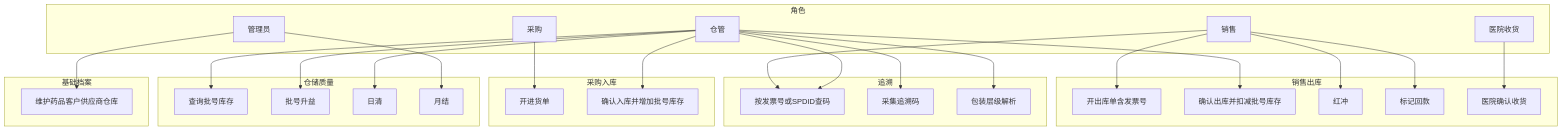
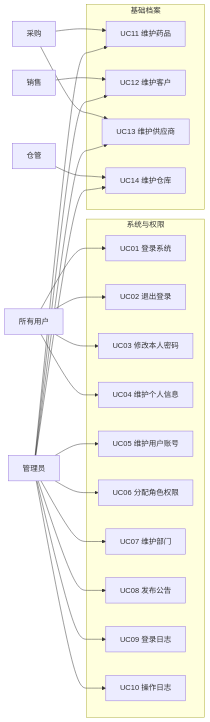
Before and after one commit to Andrewpixa/warehouse: diagram 11 of 22 in docs/pharma-er-uml.md, drawn with Mermaid. The commit also changed other lines of this file and 13 other files, not shown here.

First line of the commit message:
feat: 课程图册补齐查询统计与报表清单

````diff
--- a/docs/pharma-er-uml.md
+++ b/docs/pharma-er-uml.md
@@ -679,57 +686,44 @@
 ```mermaid
-flowchart TB
-  subgraph actors [角色]
-    Admin[管理员]
-    Keeper[仓管]
-    Buyer[采购]
-    Sales[销售]
-    Hospital[医院收货]
+flowchart LR
+  Admin[管理员]
+  Staff[所有用户]
+  Buyer[采购]
+  Sales[销售]
+  Keeper[仓管]
+  subgraph sys [系统与权限]
+    UC01[UC01 登录系统]
+    UC02[UC02 退出登录]
+    UC03[UC03 修改本人密码]
+    UC04[UC04 维护个人信息]
+    UC05[UC05 维护用户账号]
+    UC06[UC06 分配角色权限]
+    UC07[UC07 维护部门]
+    UC08[UC08 发布公告]
+    UC09[UC09 登录日志]
+    UC10[UC10 操作日志]
   end
-
   subgraph master [基础档案]
-    UC1[维护药品客户供应商仓库]
+    UC11[UC11 维护药品]
+    UC12[UC12 维护客户]
+    UC13[UC13 维护供应商]
+    UC14[UC14 维护仓库]
   end
-
-  subgraph in [采购入库]
-    UC2[开进货单]
-    UC3[确认入库并增加批号库存]
-  end
-
-  subgraph out [销售出库]
-    UC4[开出库单含发票号]
-    UC5[确认出库并扣减批号库存]
-    UC6[红冲]
-    UC7[标记回款]
-    UC8[医院确认收货]
-  end
-
-  subgraph stock [仓储质量]
-    UC9[查询批号库存]
-    UC10[批号升益]
-    UC11[日清]
-    UC12[月结]
-  end
-
-  subgraph trace [追溯]
-    UC13[按发票号或SPDID查码]
-    UC14[采集追溯码]
-    UC15[包装层级解析]
-  end
-
-  Admin --> UC1
-  Buyer --> UC2
-  Keeper --> UC3
-  Sales --> UC4
-  Keeper --> UC5
-  Sales --> UC6
-  Sales --> UC7
-  Hospital --> UC8
-  Keeper --> UC9
-  Keeper --> UC10
-  Keeper --> UC11
+  Staff --> UC01
+  Staff --> UC02
+  Staff --> UC03
+  Staff --> UC04
+  Admin --> UC05
+  Admin --> UC06
+  Admin --> UC07
+  Admin --> UC08
+  Admin --> UC09
+  Admin --> UC10
+  Buyer --> UC11
+  Sales --> UC12
+  Buyer --> UC13
+  Keeper --> UC14
+  Admin --> UC11
   Admin --> UC12
-  Keeper --> UC13
-  Keeper --> UC14
-  Keeper --> UC15
-  Sales --> UC13
+  Admin --> UC13
+  Admin --> UC14
 ```
````
